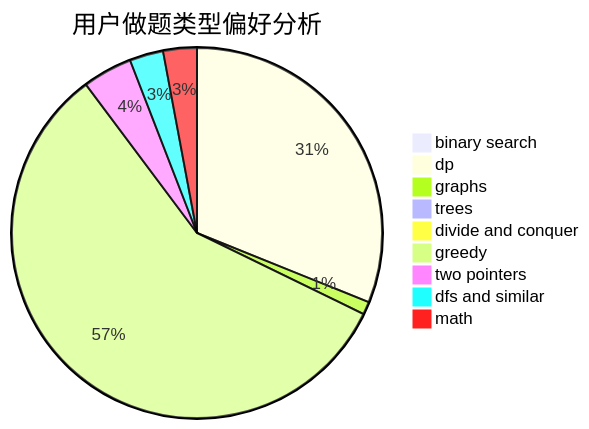
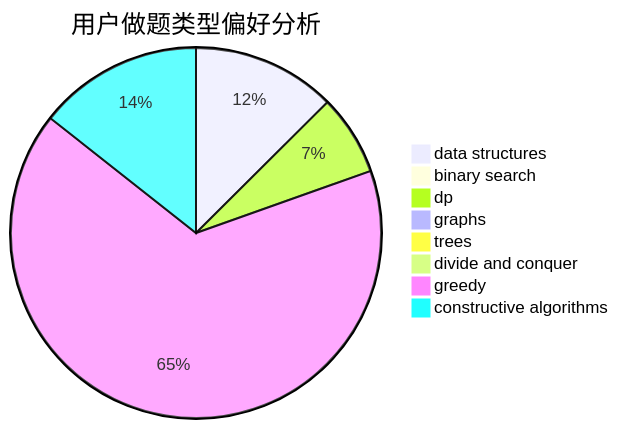
The second of 3 diagrams in docs/user/u1305.md (sherpahu/cfrs.github.io), drawn with Mermaid before and after one commit. The commit also changed other lines of this file and 2775 other files, not shown here.

````diff
--- a/docs/user/u1305.md
+++ b/docs/user/u1305.md
@@ -23,12 +23,11 @@
 ```mermaid
 pie title 用户做题类型偏好分析
-    "binary search" :  3
-    "dp" :  222
-    "graphs" :  8
+    "data structures" :  41
+    "binary search" :  2
+    "dp" :  23
+    "graphs" :  3
     "trees" :  0
     "divide and conquer" :  0
-    "greedy" :  411
-    "two pointers" :  31
-    "dfs and similar" :  21
-    "math" :  21
+    "greedy" :  216
+    "constructive algorithms" :  47
 ```
````
